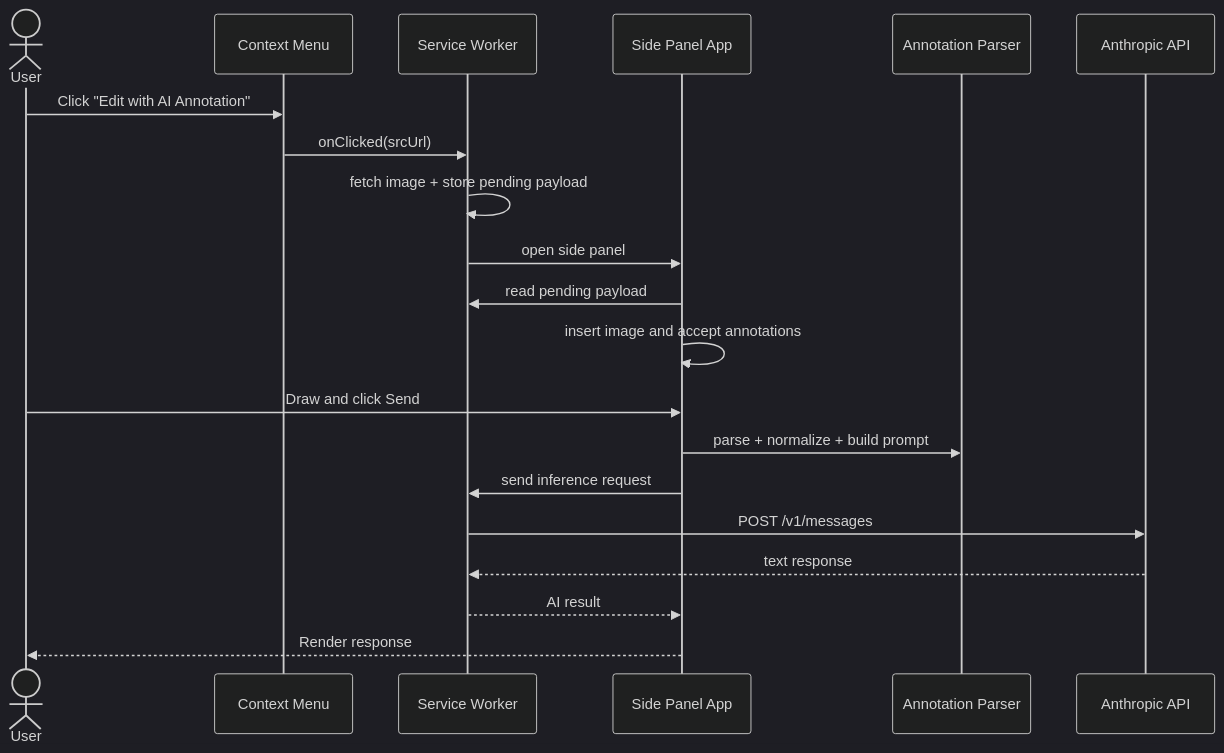
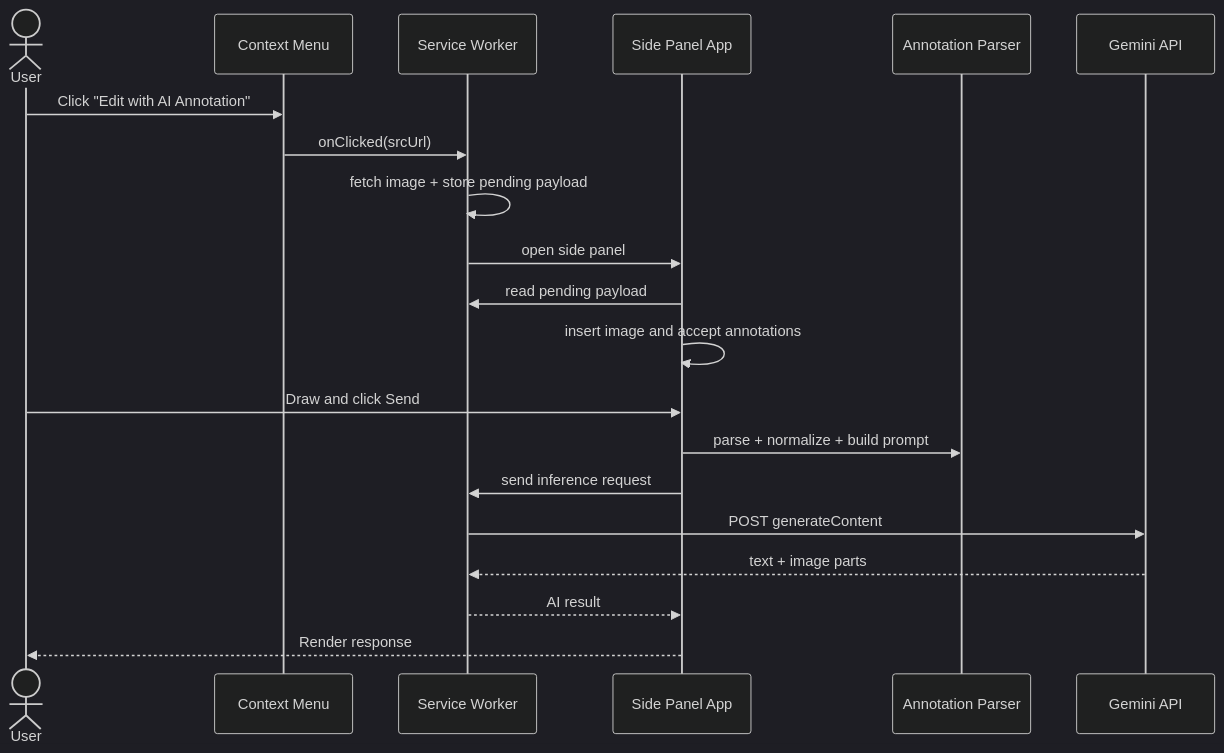
One commit to Hungbk295/Lala_banana changed the third of 5 diagrams in docs/specs/001-ai-annotation-extension/solution-design.md. Above: the diagram before and after it, drawn with Mermaid (dark theme). The commit also changed other lines of this file and 6 other files, not shown here.

````diff
--- a/docs/specs/001-ai-annotation-extension/solution-design.md
+++ b/docs/specs/001-ai-annotation-extension/solution-design.md
@@ -467,23 +487,23 @@
 ```mermaid
 sequenceDiagram
     actor User
     participant Menu as Context Menu
     participant SW as Service Worker
     participant Panel as Side Panel App
     participant Parser as Annotation Parser
-    participant API as Anthropic API
+    participant API as Gemini API
 
     User->>Menu: Click "Edit with AI Annotation"
     Menu->>SW: onClicked(srcUrl)
     SW->>SW: fetch image + store pending payload
     SW->>Panel: open side panel
     Panel->>SW: read pending payload
     Panel->>Panel: insert image and accept annotations
     User->>Panel: Draw and click Send
     Panel->>Parser: parse + normalize + build prompt
     Panel->>SW: send inference request
-    SW->>API: POST /v1/messages
-    API-->>SW: text response
+    SW->>API: POST generateContent
+    API-->>SW: text + image parts
     SW-->>Panel: AI result
     Panel-->>User: Render response
 ```
````
